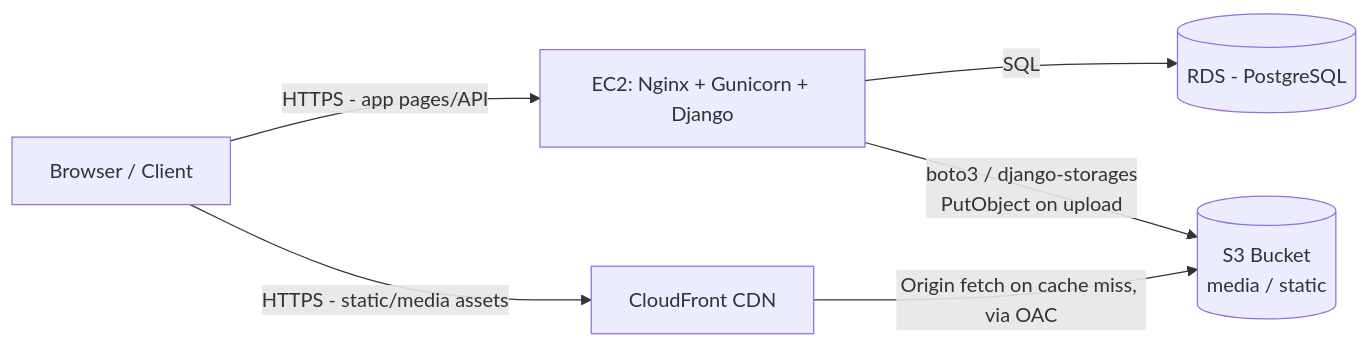
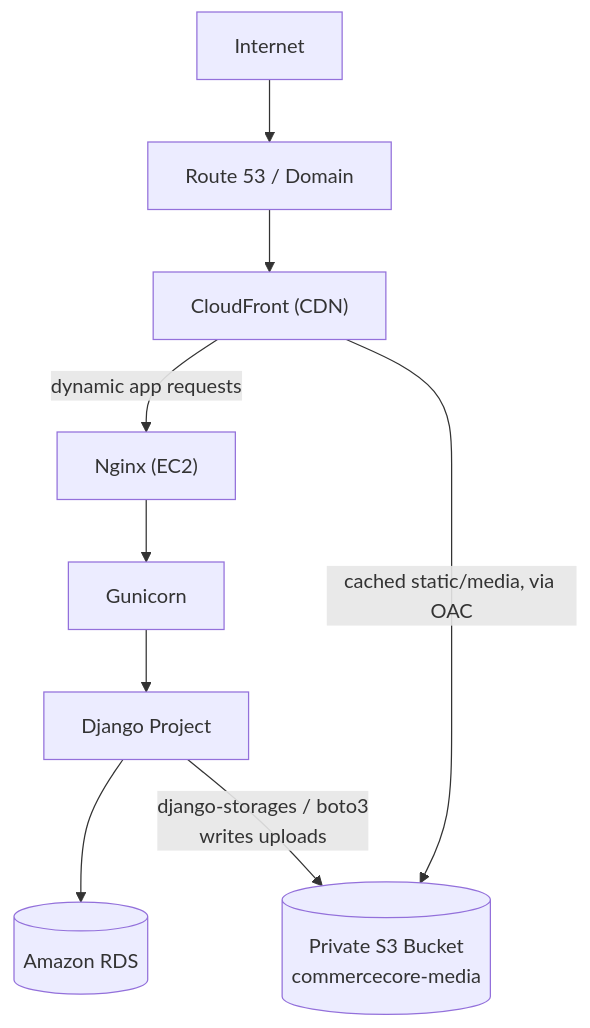
Before and after one commit to codeverse-amol/CommerceCore: the first of 4 diagrams in docs/aws_s3/aws_s3_django_integration_guide.md, drawn with Mermaid. The commit also changed other lines of this file and 2 other files, not shown here.

Commit message:
feat: complete Phase 12 AWS S3 and CloudFront integration

````diff
--- a/docs/aws_s3/aws_s3_django_integration_guide.md
+++ b/docs/aws_s3/aws_s3_django_integration_guide.md
@@ -69,10 +97,16 @@
 ```mermaid
-flowchart LR
-    U["Browser / Client"] -->|HTTPS - app pages/API| EC2["EC2: Nginx + Gunicorn + Django"]
-    U -->|HTTPS - static/media assets| CF["CloudFront CDN"]
-    CF -->|Origin fetch on cache miss, via OAC| S3[("S3 Bucket
-    media / static")]
-    EC2 -->|SQL| RDS[("RDS - PostgreSQL")]
-    EC2 -->|boto3 / django-storages
-    PutObject on upload| S3
+flowchart TD
+    NET["Internet"] --> R53["Route 53 / Domain"]
+    R53 --> CF["CloudFront (CDN)"]
+
+    CF -->|dynamic app requests| NGINX["Nginx (EC2)"]
+    CF -->|cached static/media, via OAC| S3[("Private S3 Bucket
+    commercecore-media")]
+
+    NGINX --> GUNI["Gunicorn"]
+    GUNI --> DJ["Django Project"]
+
+    DJ --> RDS[("Amazon RDS")]
+    DJ -->|django-storages / boto3
+    writes uploads| S3
 ```
````
